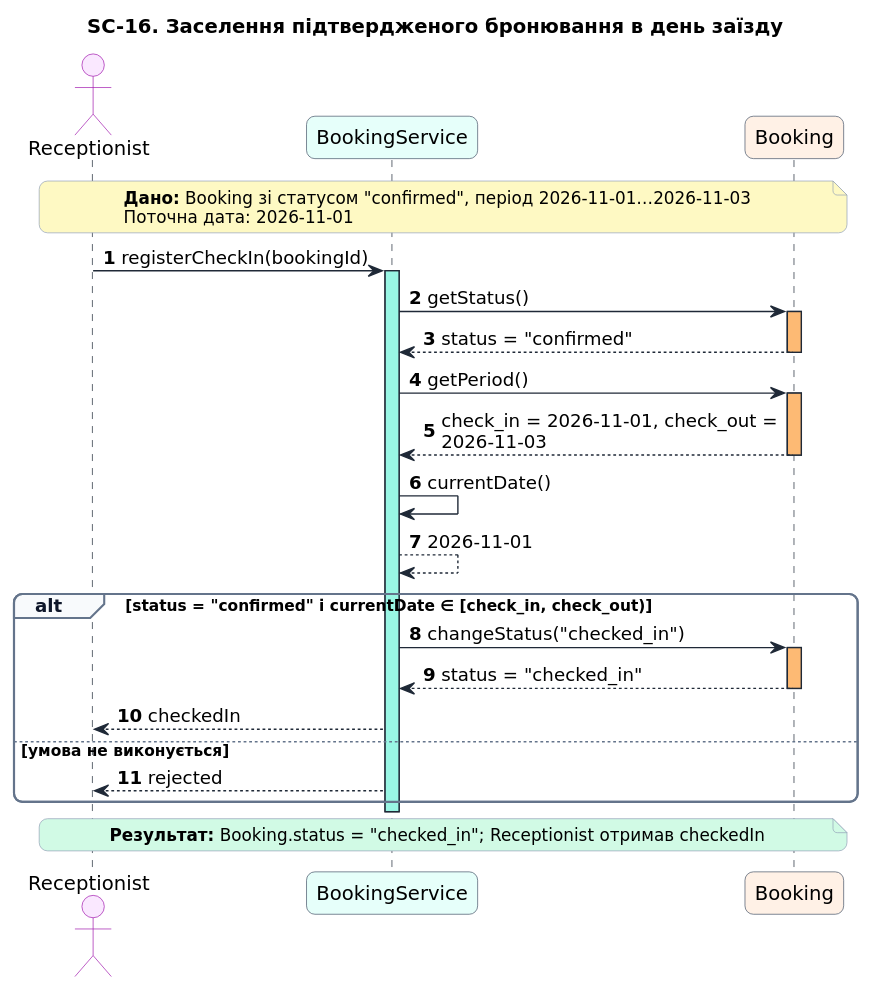
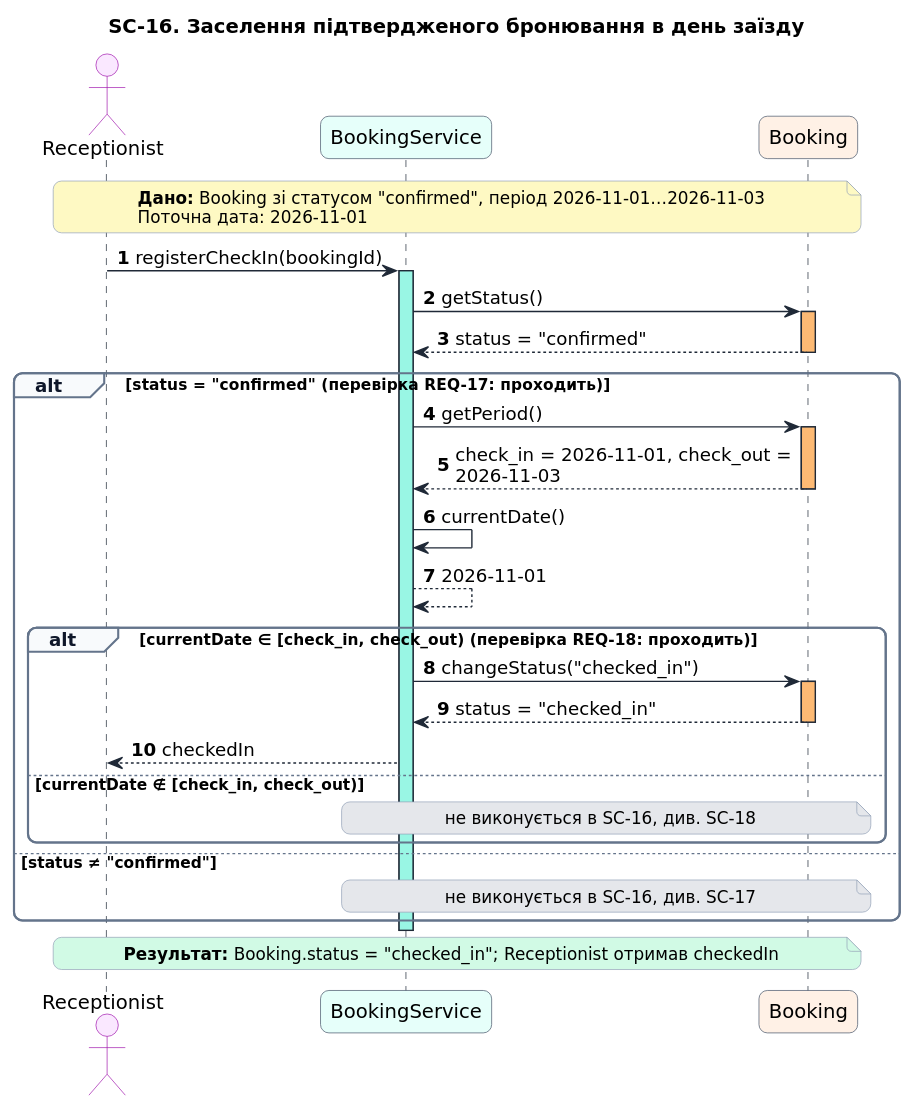
One commit to MrhyveR/Hotel-reservation-system changed the diagram in Lab3/diagrams/sc-16.puml. Above: the diagram before and after it, drawn with PlantUML. The commit also changed 8 other files, not shown here.

Commit message:
add audit, criterion A7-A10, ai prompt, fixed: diagrams

```diff
--- a/Lab3/diagrams/sc-16.puml
+++ b/Lab3/diagrams/sc-16.puml
@@ -1,53 +1,57 @@
 @startuml sc-16
 title SC-16. Заселення підтвердженого бронювання в день заїзду
 skinparam shadowing false
 skinparam defaultFontName DejaVu Sans
 skinparam roundCorner 12
 skinparam maxMessageSize 260
 skinparam ArrowColor #1F2937
 skinparam SequenceLifeLineBorderColor #1F2937
 skinparam SequenceGroupBorderColor #64748B
 skinparam SequenceGroupBackgroundColor #F8FAFC
 skinparam SequenceGroupHeaderFontColor #0F172A
 skinparam NoteBorderColor #94A3B8
 skinparam NoteFontSize 12
 skinparam ParticipantBorderColor #475569
 skinparam ActorBorderColor #A21CAF
 autonumber "<b>0"
 
 actor Receptionist #FAE8FF
 participant BookingService #E6FFFA
 participant Booking #FFF1E6
 
 note over Receptionist, Booking #FEF9C3
   **Дано:** Booking зі статусом "confirmed", період 2026-11-01…2026-11-03
   Поточна дата: 2026-11-01
 end note
 
 Receptionist -> BookingService : registerCheckIn(bookingId)
 activate BookingService #99F6E4
 BookingService -> Booking : getStatus()
 activate Booking #FDBA74
 Booking --> BookingService : status = "confirmed"
 deactivate Booking
-BookingService -> Booking : getPeriod()
-activate Booking #FDBA74
-Booking --> BookingService : check_in = 2026-11-01, check_out = 2026-11-03
-deactivate Booking
-BookingService -> BookingService : currentDate()
-BookingService --> BookingService : 2026-11-01
-alt status = "confirmed" і currentDate ∈ [check_in, check_out)
-  BookingService -> Booking : changeStatus("checked_in")
+alt status = "confirmed"  (перевірка REQ-17: проходить)
+  BookingService -> Booking : getPeriod()
   activate Booking #FDBA74
-  Booking --> BookingService : status = "checked_in"
+  Booking --> BookingService : check_in = 2026-11-01, check_out = 2026-11-03
   deactivate Booking
-  BookingService --> Receptionist : checkedIn
-else умова не виконується
-  BookingService --> Receptionist : rejected
+  BookingService -> BookingService : currentDate()
+  BookingService --> BookingService : 2026-11-01
+  alt currentDate ∈ [check_in, check_out)  (перевірка REQ-18: проходить)
+    BookingService -> Booking : changeStatus("checked_in")
+    activate Booking #FDBA74
+    Booking --> BookingService : status = "checked_in"
+    deactivate Booking
+    BookingService --> Receptionist : checkedIn
+  else currentDate ∉ [check_in, check_out)
+    note over BookingService, Booking #E5E7EB : не виконується в SC-16, див. SC-18
+  end
+else status ≠ "confirmed"
+  note over BookingService, Booking #E5E7EB : не виконується в SC-16, див. SC-17
 end
 deactivate BookingService
 
 note over Receptionist, Booking #D1FAE5
   **Результат:** Booking.status = "checked_in"; Receptionist отримав checkedIn
 end note
 @enduml
```
